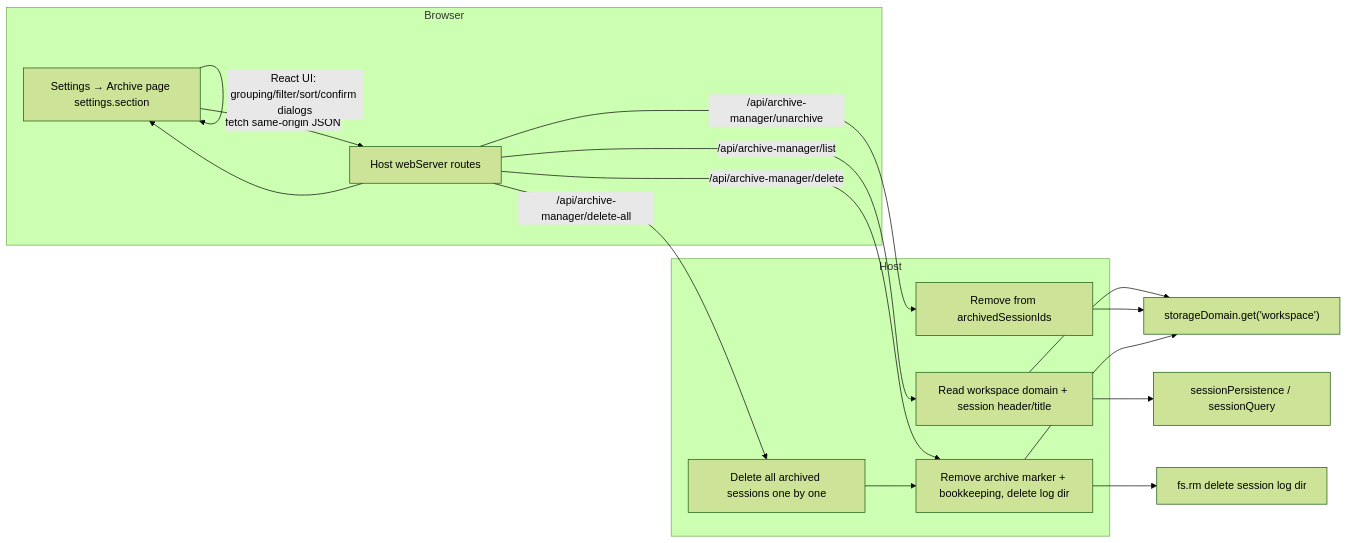
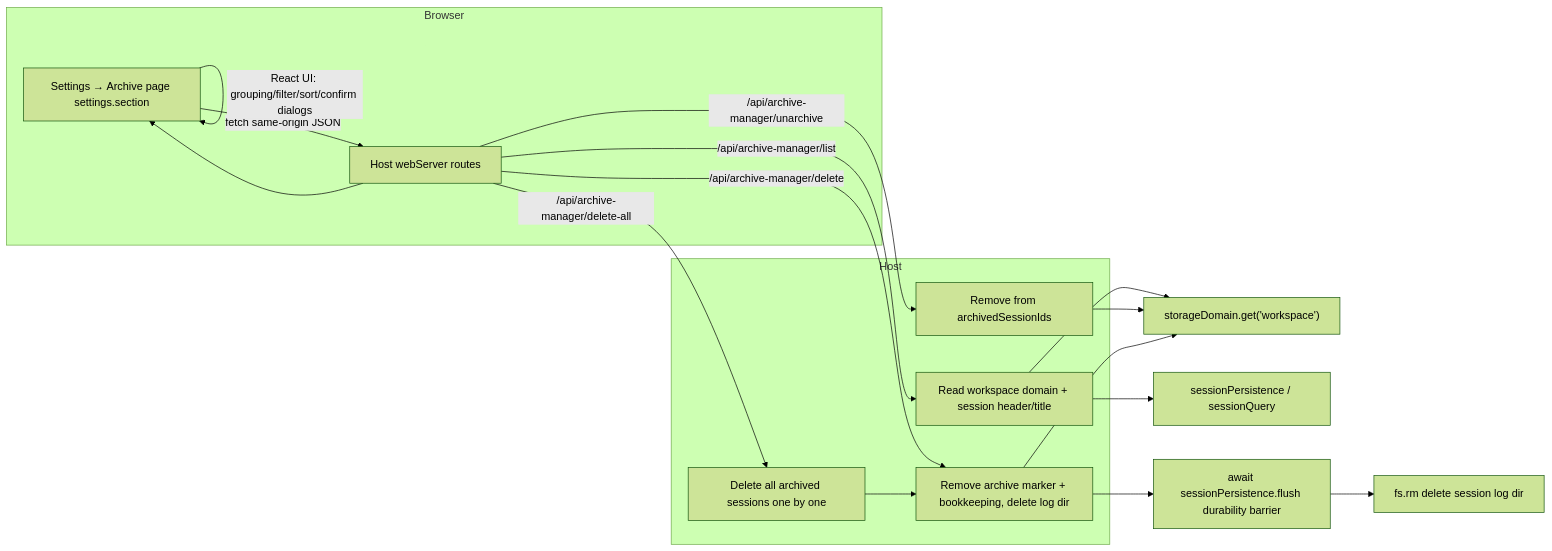
The diagram in README_en.md (Ycet/dsh-archive-manager), drawn with Mermaid (forest theme) before and after one commit. The commit also changed other lines of this file and 4 other files, not shown here.

````diff
--- a/README_en.md
+++ b/README_en.md
@@ -128,22 +128,23 @@
 ```mermaid
 flowchart LR
     subgraph Browser
         A["Settings → Archive page settings.section"] -->|"fetch same-origin JSON"| R
         A -->|"React UI: grouping/filter/sort/confirm dialogs"| A
         R["Host webServer routes"] --> A
     end
 
     subgraph Host
         R -->|"/api/archive-manager/list"| H1["Read workspace domain + session header/title"]
         R -->|"/api/archive-manager/unarchive"| H2["Remove from archivedSessionIds"]
         R -->|"/api/archive-manager/delete"| H3["Remove archive marker + bookkeeping, delete log dir"]
         R -->|"/api/archive-manager/delete-all"| H4["Delete all archived sessions one by one"]
     end
 
     H1 --> WS["storageDomain.get('workspace')"]
     H1 --> SP["sessionPersistence / sessionQuery"]
     H2 --> WS
     H3 --> WS
-    H3 --> FS["fs.rm delete session log dir"]
+    H3 --> FL["await sessionPersistence.flush durability barrier"]
+    FL --> FS["fs.rm delete session log dir"]
     H4 --> H3
 ```
````
